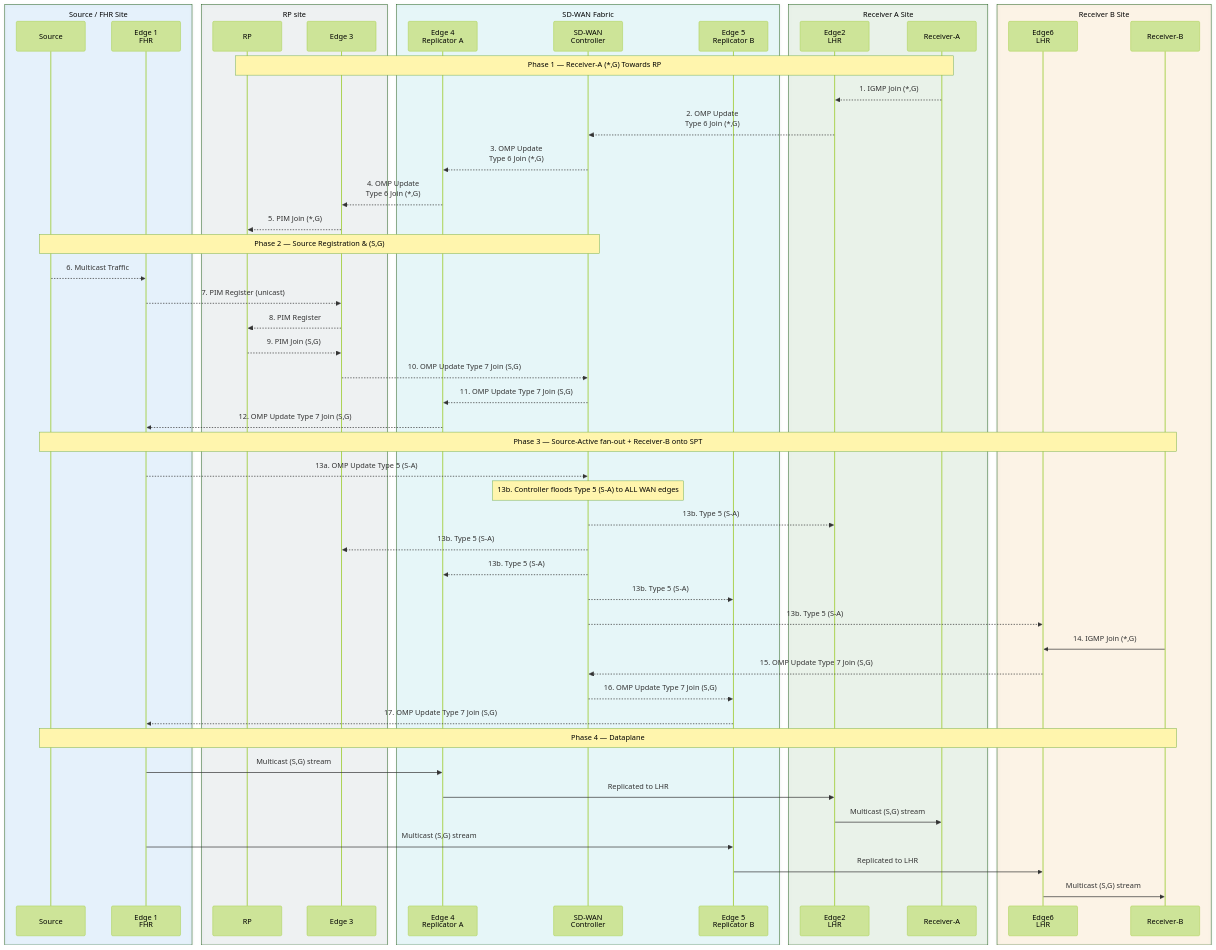
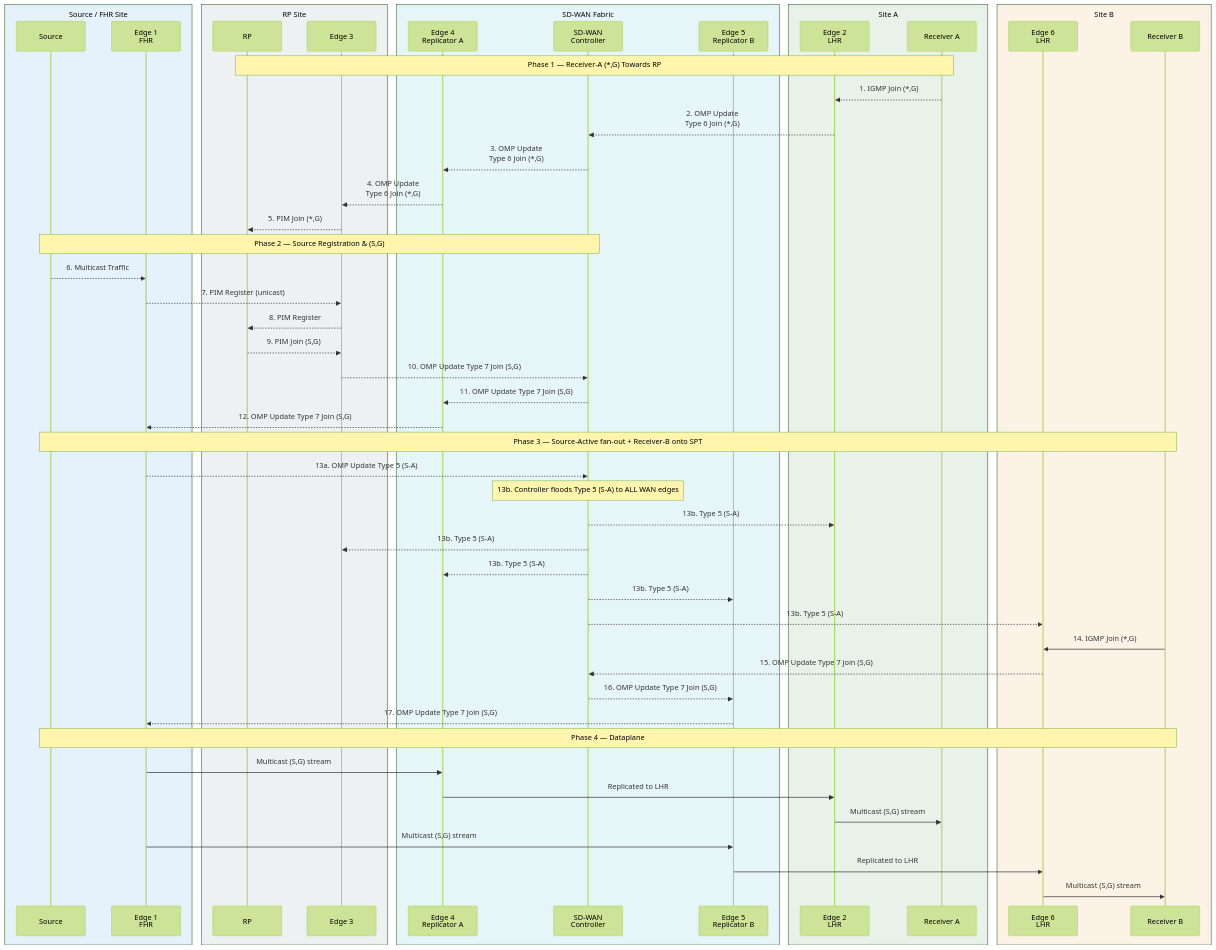
One commit to ariadne-notes/pushpopswap changed the diagram in src/sdwan-multicast.md. Above: the diagram before and after it, drawn with Mermaid (forest theme). The commit also changed other lines of this file and 3 other files, not shown here.

Commit message:
Cleaned up the multicast diagram a bit, and how to make a blog

````diff
--- a/src/sdwan-multicast.md
+++ b/src/sdwan-multicast.md
@@ -20,61 +28,61 @@
 ```mermaid
 sequenceDiagram
     box rgba(33,150,243,0.10) Source / FHR Site
         participant Source as Source
         participant Edge1 as Edge 1<br/>FHR
     end
-    box rgba(120,144,156,0.10) RP site
+    box rgba(120,144,156,0.10) RP Site
         participant RP as RP
         participant Edge3 as Edge 3
     end
     box rgba(38,198,218,0.10) SD-WAN Fabric
         participant RepA as Edge 4<br/>Replicator A
         participant Ctrl as SD-WAN<br/>Controller
         participant RepB as Edge 5<br/>Replicator B
     end
-    box rgba(67,160,71,0.10) Receiver A Site
-        participant Edge2 as Edge2<br/>LHR
-        participant RecvA as Receiver-A
+    box rgba(67,160,71,0.10) Site A
+        participant Edge2 as Edge 2<br/>LHR
+        participant RecvA as Receiver A
     end
-    box rgba(255,167,38,0.10) Receiver B Site
-        participant Edge6 as Edge6<br/>LHR
-        participant RecvB as Receiver-B
+    box rgba(255,167,38,0.10) Site B
+        participant Edge6 as Edge 6<br/>LHR
+        participant RecvB as Receiver B
     end
 
     Note over   RP,RecvA: Phase 1 — Receiver-A (*,G) Towards RP
     RecvA  -->> Edge2: 1. IGMP Join (*,G)
     Edge2  -->> Ctrl:  2. OMP Update<br/>Type 6 Join (*,G)
     Ctrl   -->> RepA:  3. OMP Update<br/>Type 6 Join (*,G)
     RepA   -->> Edge3: 4. OMP Update<br/>Type 6 Join (*,G)
     Edge3  -->> RP:    5. PIM Join (*,G)
 
     Note over   Source,Ctrl: Phase 2 — Source Registration & (S,G)
     Source -->> Edge1: 6. Multicast Traffic
     Edge1  -->> Edge3: 7. PIM Register (unicast)
     Edge3  -->> RP:    8. PIM Register
     RP     -->> Edge3: 9. PIM Join (S,G)
     Edge3  -->> Ctrl:  10. OMP Update Type 7 Join (S,G)
     Ctrl   -->> RepA:  11. OMP Update Type 7 Join (S,G)
     RepA   -->> Edge1: 12. OMP Update Type 7 Join (S,G)
 
     Note over   Source,RecvB: Phase 3 — Source-Active fan-out + Receiver-B onto SPT
     Edge1 -->>  Ctrl:  13a. OMP Update Type 5 (S-A)
     Note over   Ctrl:  13b. Controller floods Type 5 (S-A) to ALL WAN edges
     Ctrl  -->>  Edge2: 13b. Type 5 (S-A)
     Ctrl  -->>  Edge3: 13b. Type 5 (S-A)
     Ctrl  -->>  RepA:  13b. Type 5 (S-A)
     Ctrl  -->>  RepB:  13b. Type 5 (S-A)
     Ctrl  -->>  Edge6: 13b. Type 5 (S-A)
     RecvB ->>   Edge6: 14. IGMP Join (*,G)
     Edge6 -->>  Ctrl:  15. OMP Update Type 7 Join (S,G)
     Ctrl  -->>  RepB:  16. OMP Update Type 7 Join (S,G)
     RepB  -->>  Edge1: 17. OMP Update Type 7 Join (S,G)
 
     Note over   Source,RecvB: Phase 4 — Dataplane
     Edge1  ->>  RepA:  Multicast (S,G) stream
     RepA   ->>  Edge2: Replicated to LHR
     Edge2  ->>  RecvA: Multicast (S,G) stream
     Edge1  ->>  RepB:  Multicast (S,G) stream
     RepB   ->>  Edge6: Replicated to LHR
     Edge6  ->>  RecvB: Multicast (S,G) stream
 ```
````
